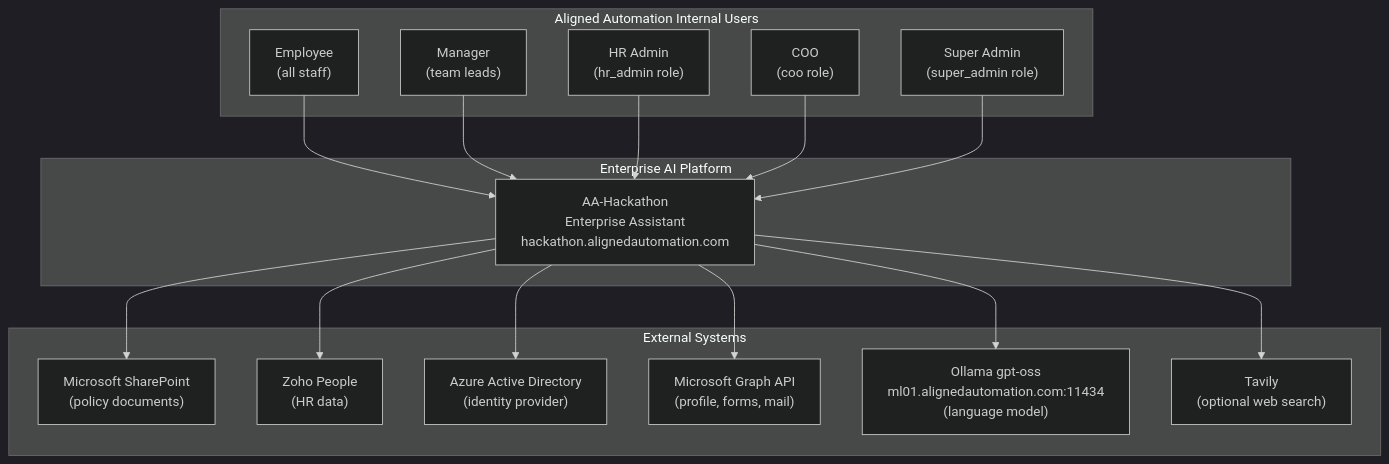
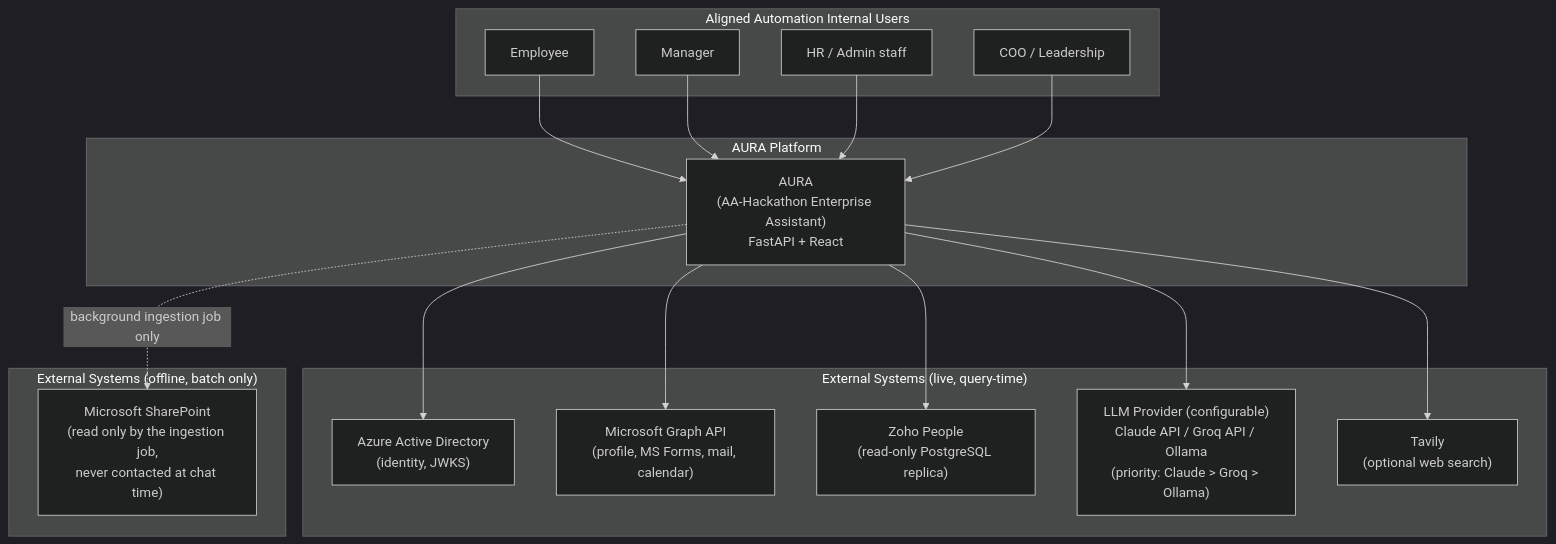
Before and after one commit to pdikondaaa/aa-hackathon: the first of 4 diagrams in knowledge-specs/docs/10-reference/architecture-overview.md, drawn with Mermaid (dark theme). The commit also changed other lines of this file and 71 other files, not shown here.

````diff
--- a/knowledge-specs/docs/10-reference/architecture-overview.md
+++ b/knowledge-specs/docs/10-reference/architecture-overview.md
@@ -20,36 +22,37 @@
 ```mermaid
 graph TB
     subgraph "Aligned Automation Internal Users"
-        EMP["Employee\n(all staff)"]
-        MGR["Manager\n(team leads)"]
-        HR["HR Admin\n(hr_admin role)"]
-        COO_USER["COO\n(coo role)"]
-        SADMIN["Super Admin\n(super_admin role)"]
+        EMP["Employee"]
+        MGR["Manager"]
+        HRU["HR / Admin staff"]
+        COOU["COO / Leadership"]
     end
 
-    subgraph "Enterprise AI Platform"
-        AA["AA-Hackathon\nEnterprise Assistant\nhackathon.alignedautomation.com"]
+    subgraph "AURA Platform"
+        AA["AURA\n(AA-Hackathon Enterprise Assistant)\nFastAPI + React"]
     end
 
-    subgraph "External Systems"
-        SP["Microsoft SharePoint\n(policy documents)"]
-        ZOHO["Zoho People\n(HR data)"]
-        AZAD["Azure Active Directory\n(identity provider)"]
-        GRAPH["Microsoft Graph API\n(profile, forms, mail)"]
-        OLLAMA["Ollama gpt-oss\nml01.alignedautomation.com:11434\n(language model)"]
+    subgraph "External Systems (live, query-time)"
+        AZAD["Azure Active Directory\n(identity, JWKS)"]
+        GRAPH["Microsoft Graph API\n(profile, MS Forms, mail, calendar)"]
+        ZOHO["Zoho People\n(read-only PostgreSQL replica)"]
+        LLM["LLM Provider (configurable)\nClaude API / Groq API / Ollama\n(priority: Claude > Groq > Ollama)"]
         TAVILY["Tavily\n(optional web search)"]
+    end
+
+    subgraph "External Systems (offline, batch only)"
+        SP["Microsoft SharePoint\n(read only by the ingestion job,\nnever contacted at chat time)"]
     end
 
     EMP --> AA
     MGR --> AA
-    HR --> AA
-    COO_USER --> AA
-    SADMIN --> AA
+    HRU --> AA
+    COOU --> AA
 
-    AA --> SP
-    AA --> ZOHO
     AA --> AZAD
     AA --> GRAPH
-    AA --> OLLAMA
+    AA --> ZOHO
+    AA --> LLM
     AA --> TAVILY
+    AA -. "background ingestion job only" .-> SP
 ```
````
